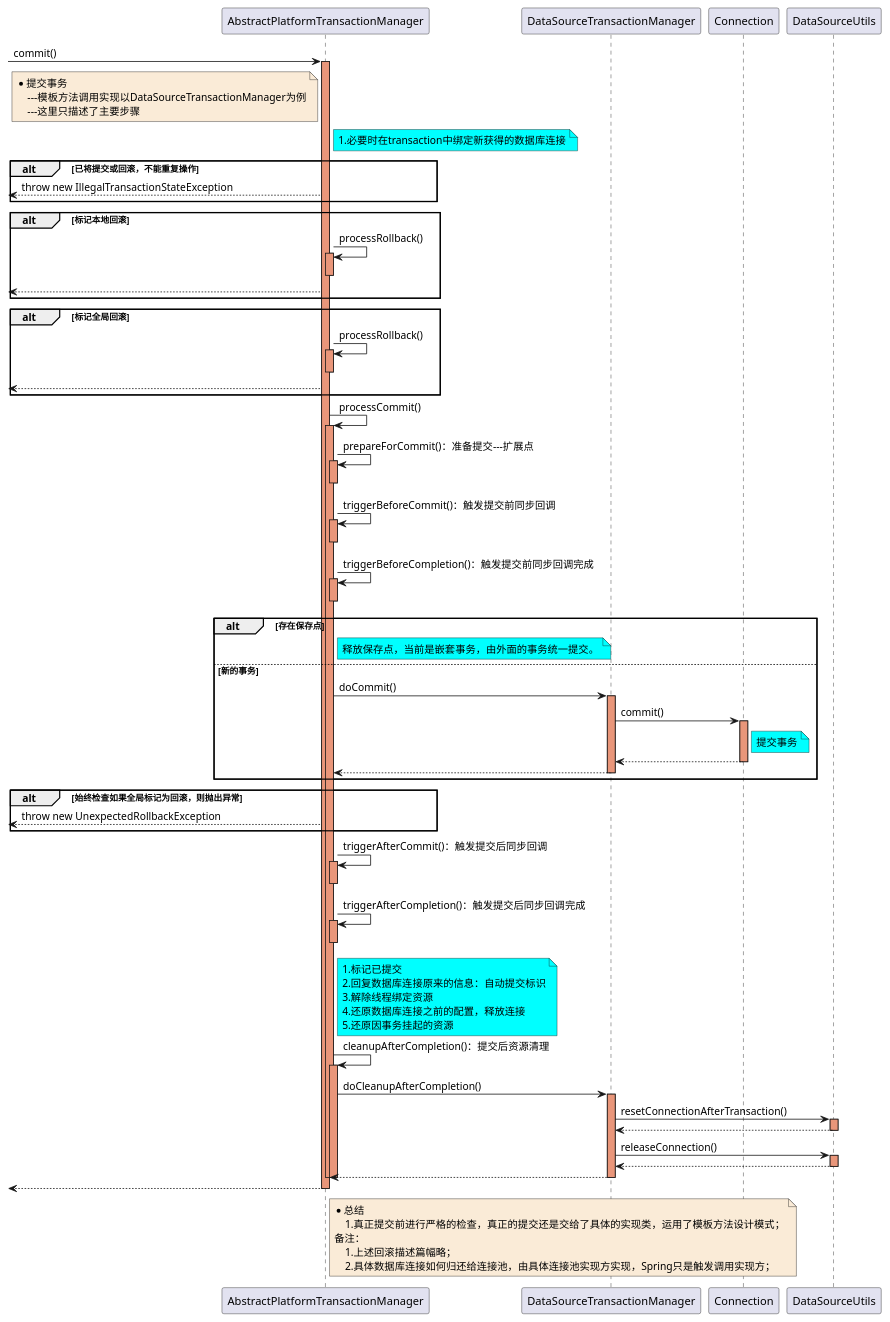
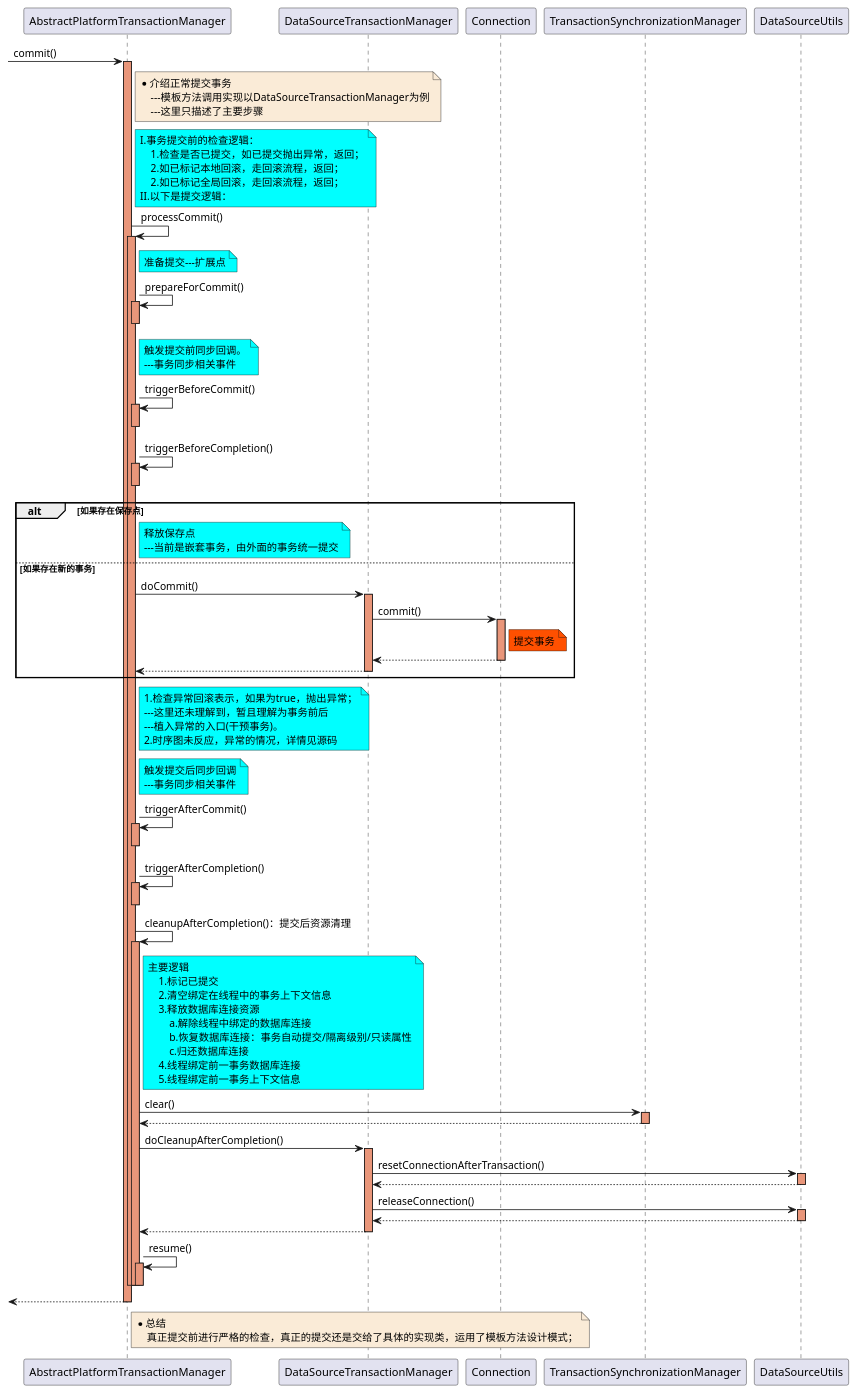
Before and after one commit to czwer/learn-spring-code: the diagram in document/spring/data/sequence/Transaction-AbstractPlatformTransactionManager_commit-sequence.puml, drawn with PlantUML. The commit also changed 23 other files, not shown here.

```diff
--- a/document/spring/data/sequence/Transaction-AbstractPlatformTransactionManager_commit-sequence.puml
+++ b/document/spring/data/sequence/Transaction-AbstractPlatformTransactionManager_commit-sequence.puml
@@ -1,122 +1,137 @@
 @startuml
 -> AbstractPlatformTransactionManager: commit()
 activate AbstractPlatformTransactionManager #DarkSalmon
 
-note left of AbstractPlatformTransactionManager #FAEBD7
-    *提交事务
+note right of AbstractPlatformTransactionManager #FAEBD7
+    *介绍正常提交事务
         ---模板方法调用实现以DataSourceTransactionManager为例
         ---这里只描述了主要步骤
 end note
 
     note right of AbstractPlatformTransactionManager #aqua
-        1.必要时在transaction中绑定新获得的数据库连接
+        I.事务提交前的检查逻辑：
+            1.检查是否已提交，如已提交抛出异常，返回；
+            2.如已标记本地回滚，走回滚流程，返回；
+            2.如已标记全局回滚，走回滚流程，返回；
+        II.以下是提交逻辑：
     end note
-
-    alt 已将提交或回滚，不能重复操作
-<-- AbstractPlatformTransactionManager : throw new IllegalTransactionStateException
-    end
-
-    alt 标记本地回滚
-        AbstractPlatformTransactionManager -> AbstractPlatformTransactionManager : processRollback()
-        activate AbstractPlatformTransactionManager #DarkSalmon
-        deactivate AbstractPlatformTransactionManager
-<-- AbstractPlatformTransactionManager
-    end
-
-    alt 标记全局回滚
-        AbstractPlatformTransactionManager -> AbstractPlatformTransactionManager : processRollback()
-        activate AbstractPlatformTransactionManager #DarkSalmon
-        deactivate AbstractPlatformTransactionManager
-<-- AbstractPlatformTransactionManager
-    end
 
     AbstractPlatformTransactionManager -> AbstractPlatformTransactionManager : processCommit()
     activate AbstractPlatformTransactionManager #DarkSalmon
-        AbstractPlatformTransactionManager -> AbstractPlatformTransactionManager : prepareForCommit()：准备提交---扩展点
+
+        note right of AbstractPlatformTransactionManager #aqua
+            准备提交---扩展点
+        end note
+        AbstractPlatformTransactionManager -> AbstractPlatformTransactionManager : prepareForCommit()
         activate AbstractPlatformTransactionManager #DarkSalmon
         deactivate AbstractPlatformTransactionManager
 
-        AbstractPlatformTransactionManager -> AbstractPlatformTransactionManager : triggerBeforeCommit()：触发提交前同步回调
+        note right of AbstractPlatformTransactionManager #aqua
+            触发提交前同步回调。
+            ---事务同步相关事件
+        end note
+        AbstractPlatformTransactionManager -> AbstractPlatformTransactionManager : triggerBeforeCommit()
         activate AbstractPlatformTransactionManager #DarkSalmon
         deactivate AbstractPlatformTransactionManager
 
-        AbstractPlatformTransactionManager -> AbstractPlatformTransactionManager : triggerBeforeCompletion()：触发提交前同步回调完成
+        AbstractPlatformTransactionManager -> AbstractPlatformTransactionManager : triggerBeforeCompletion()
         activate AbstractPlatformTransactionManager #DarkSalmon
         deactivate AbstractPlatformTransactionManager
 
-        alt 存在保存点
+        alt 如果存在保存点
             note right of AbstractPlatformTransactionManager #aqua
-                释放保存点，当前是嵌套事务，由外面的事务统一提交。
+                释放保存点
+                ---当前是嵌套事务，由外面的事务统一提交
             end note
 
-        else 新的事务
+        else 如果存在新的事务
             AbstractPlatformTransactionManager -> DataSourceTransactionManager:doCommit()
             activate DataSourceTransactionManager #DarkSalmon
 
                 DataSourceTransactionManager -> Connection : commit()
                 activate Connection #DarkSalmon
-                    note right of Connection #aqua
+                    note right of Connection #FF5000
                         提交事务
                     end note
                 Connection --> DataSourceTransactionManager
                 deactivate Connection
 
             DataSourceTransactionManager --> AbstractPlatformTransactionManager
             deactivate DataSourceTransactionManager
         end
 
-        alt 始终检查如果全局标记为回滚，则抛出异常
-<-- AbstractPlatformTransactionManager : throw new UnexpectedRollbackException
-        end
+        note right of AbstractPlatformTransactionManager #aqua
+            1.检查异常回滚表示，如果为true，抛出异常；
+            ---这里还未理解到，暂且理解为事务前后
+            ---植入异常的入口(干预事务)。
+            2.时序图未反应，异常的情况，详情见源码
+        end note
 
-        AbstractPlatformTransactionManager -> AbstractPlatformTransactionManager : triggerAfterCommit()：触发提交后同步回调
+        note right of AbstractPlatformTransactionManager #aqua
+            触发提交后同步回调
+            ---事务同步相关事件
+        end note
+
+        AbstractPlatformTransactionManager -> AbstractPlatformTransactionManager : triggerAfterCommit()
         activate AbstractPlatformTransactionManager #DarkSalmon
         deactivate AbstractPlatformTransactionManager
 
-        AbstractPlatformTransactionManager -> AbstractPlatformTransactionManager : triggerAfterCompletion()：触发提交后同步回调完成
+        AbstractPlatformTransactionManager -> AbstractPlatformTransactionManager : triggerAfterCompletion()
         activate AbstractPlatformTransactionManager #DarkSalmon
         deactivate AbstractPlatformTransactionManager
 
-        note right of AbstractPlatformTransactionManager #aqua
-            1.标记已提交
-            2.回复数据库连接原来的信息：自动提交标识
-            3.解除线程绑定资源
-            4.还原数据库连接之前的配置，释放连接
-            5.还原因事务挂起的资源
-        end note
+
         AbstractPlatformTransactionManager -> AbstractPlatformTransactionManager : cleanupAfterCompletion()：提交后资源清理
         activate AbstractPlatformTransactionManager #DarkSalmon
+            note right of AbstractPlatformTransactionManager #aqua
+                主要逻辑
+                    1.标记已提交
+                    2.清空绑定在线程中的事务上下文信息
+                    3.释放数据库连接资源
+                        a.解除线程中绑定的数据库连接
+                        b.恢复数据库连接：事务自动提交/隔离级别/只读属性
+                        c.归还数据库连接
+                    4.线程绑定前一事务数据库连接
+                    5.线程绑定前一事务上下文信息
+            end note
+
+            AbstractPlatformTransactionManager -> TransactionSynchronizationManager: clear()
+            activate TransactionSynchronizationManager #DarkSalmon
+            TransactionSynchronizationManager --> AbstractPlatformTransactionManager
+            deactivate TransactionSynchronizationManager
+
 
             AbstractPlatformTransactionManager -> DataSourceTransactionManager : doCleanupAfterCompletion()
             activate DataSourceTransactionManager #DarkSalmon
 
                 DataSourceTransactionManager -> DataSourceUtils : resetConnectionAfterTransaction()
                 activate DataSourceUtils #DarkSalmon
                 DataSourceUtils --> DataSourceTransactionManager
                 deactivate DataSourceUtils
 
                 DataSourceTransactionManager -> DataSourceUtils : releaseConnection()
                 activate DataSourceUtils #DarkSalmon
                 DataSourceUtils --> DataSourceTransactionManager
                 deactivate DataSourceUtils
 
             DataSourceTransactionManager --> AbstractPlatformTransactionManager
             deactivate DataSourceTransactionManager
 
+            AbstractPlatformTransactionManager -> AbstractPlatformTransactionManager : resume()
+            activate AbstractPlatformTransactionManager #DarkSalmon
+            deactivate AbstractPlatformTransactionManager
+
         deactivate AbstractPlatformTransactionManager
 
 
     deactivate AbstractPlatformTransactionManager
 
 <-- AbstractPlatformTransactionManager
 deactivate AbstractPlatformTransactionManager
 
 note right of AbstractPlatformTransactionManager #FAEBD7
     *总结
-        1.真正提交前进行严格的检查，真正的提交还是交给了具体的实现类，运用了模板方法设计模式；
-    备注：
-        1.上述回滚描述篇幅略；
-        2.具体数据库连接如何归还给连接池，由具体连接池实现方实现，Spring只是触发调用实现方；
+        真正提交前进行严格的检查，真正的提交还是交给了具体的实现类，运用了模板方法设计模式；
 end note
 
 @enduml
```
